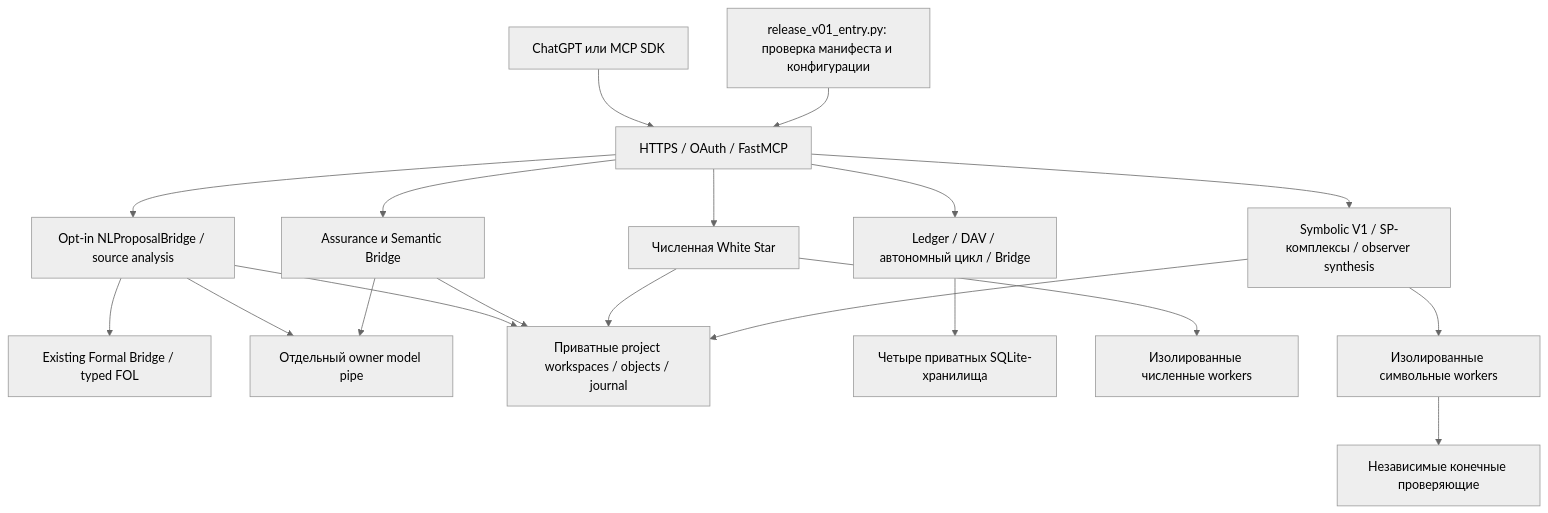
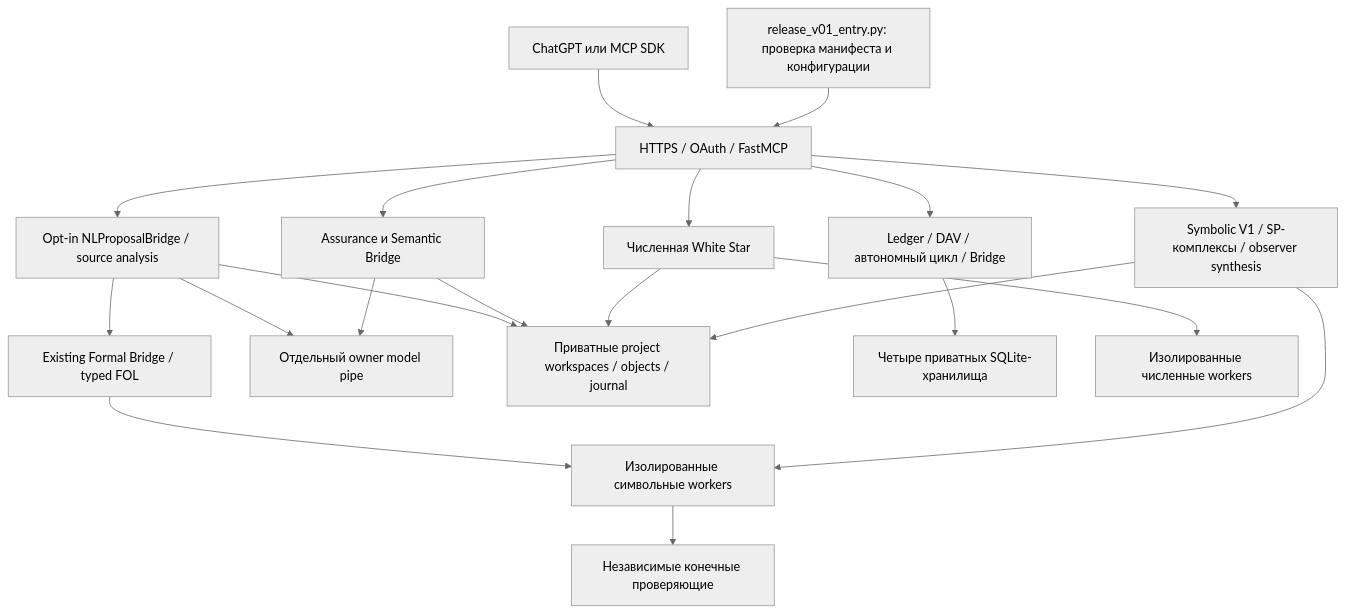
The first of 2 diagrams in ARCHITECTURE.md (catman77/LivingMath), drawn with Mermaid (neutral theme) before and after one commit. The commit also changed 46 other files, not shown here.

````diff
--- a/ARCHITECTURE.md
+++ b/ARCHITECTURE.md
@@ -10,21 +10,22 @@
 ```mermaid
 flowchart TD
     Client[ChatGPT или MCP SDK] --> Transport[HTTPS / OAuth / FastMCP]
     Entry[release_v01_entry.py: проверка манифеста и конфигурации] --> Transport
     Transport --> Legacy[Ledger / DAV / автономный цикл / Bridge]
     Transport --> Assurance[Assurance и Semantic Bridge]
     Transport --> Numeric[Численная White Star]
     Transport --> NL[Opt-in NLProposalBridge / source analysis]
     NL --> Formal[Existing Formal Bridge / typed FOL]
     NL --> Pipe
     NL --> Workspace
+    Formal --> SymbolicWorkers
     Transport --> Symbolic[Symbolic V1 / SP-комплексы / observer synthesis]
     Legacy --> SQLite[Четыре приватных SQLite-хранилища]
     Assurance --> Workspace[Приватные project workspaces / objects / journal]
     Numeric --> Workspace
     Symbolic --> Workspace
     Assurance --> Pipe[Отдельный owner model pipe]
     Numeric --> NumericWorkers[Изолированные численные workers]
     Symbolic --> SymbolicWorkers[Изолированные символьные workers]
     SymbolicWorkers --> Checkers[Независимые конечные проверяющие]
 ```
````
